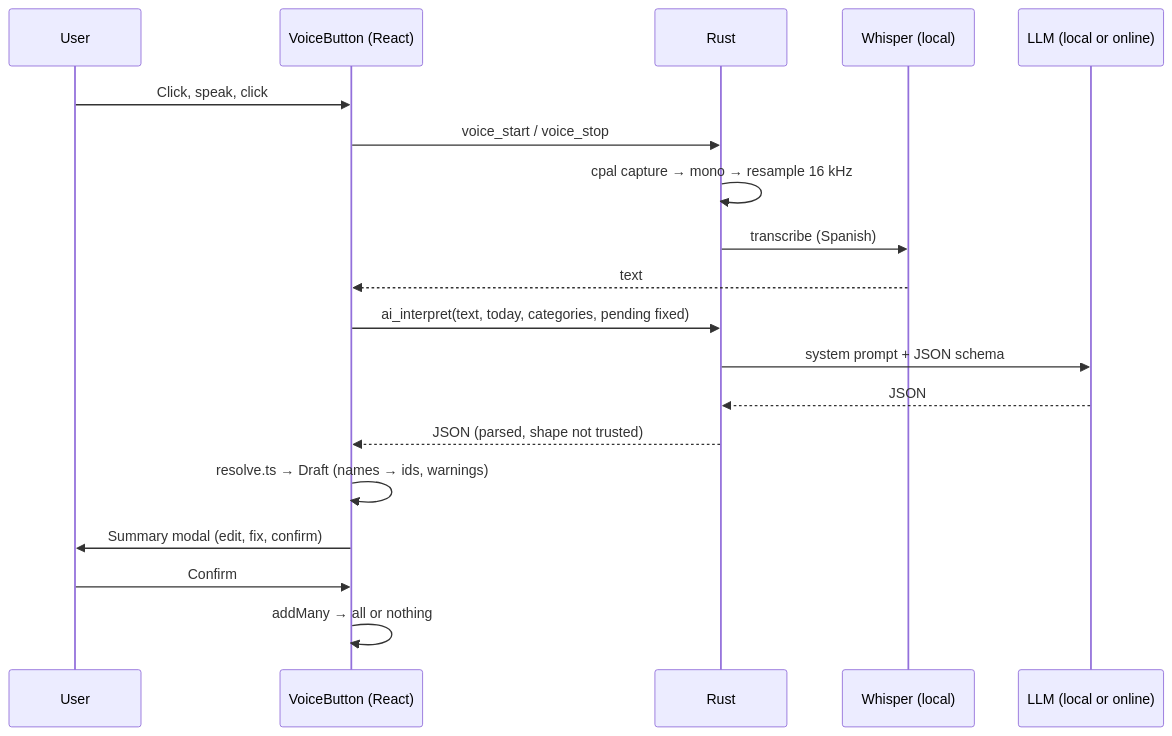
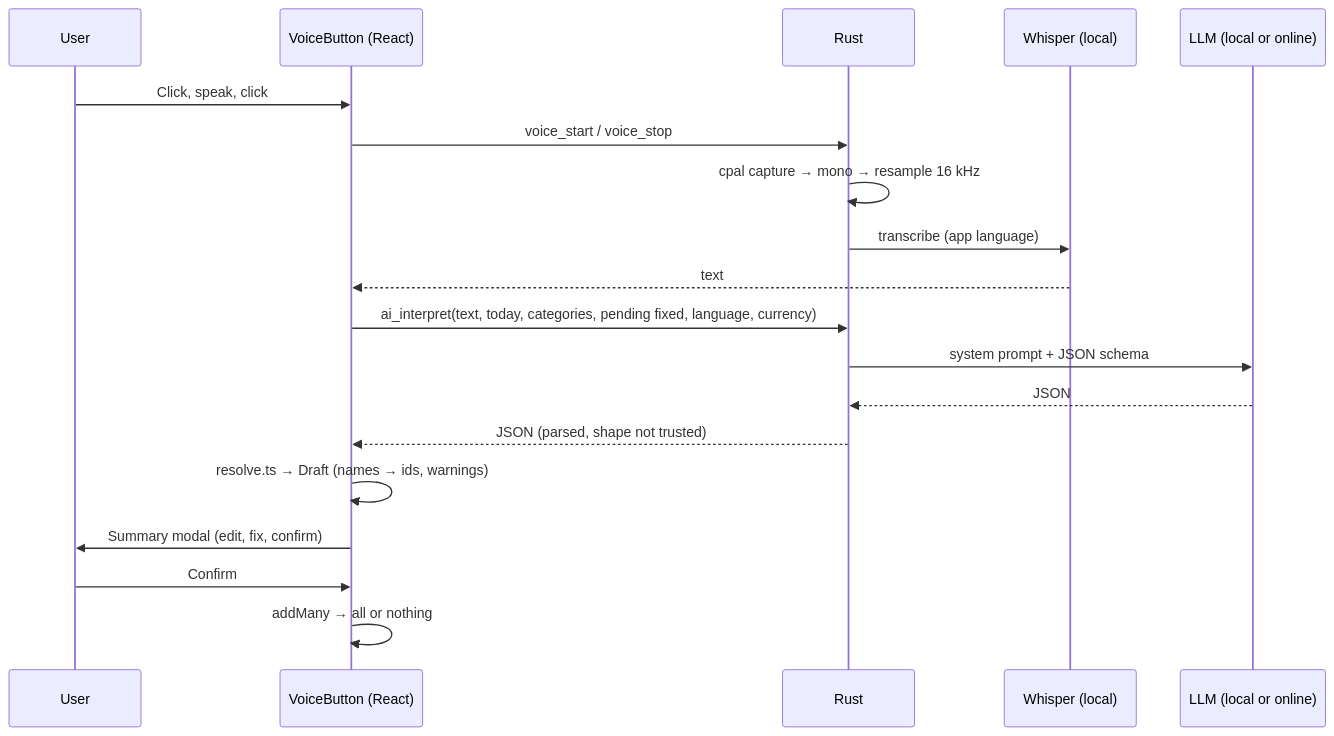
One commit to jonathanCocuy/lucka changed the second of 4 diagrams in docs/architecture.md. Above: the diagram before and after it, drawn with Mermaid. The commit also changed other lines of this file and 80 other files, not shown here.

````diff
--- a/docs/architecture.md
+++ b/docs/architecture.md
@@ -331,22 +352,22 @@
 ```mermaid
 sequenceDiagram
   participant U as User
   participant UI as VoiceButton (React)
   participant R as Rust
   participant W as Whisper (local)
   participant L as LLM (local or online)
 
   U->>UI: Click, speak, click
   UI->>R: voice_start / voice_stop
   R->>R: cpal capture → mono → resample 16 kHz
-  R->>W: transcribe (Spanish)
+  R->>W: transcribe (app language)
   W-->>UI: text
-  UI->>R: ai_interpret(text, today, categories, pending fixed)
+  UI->>R: ai_interpret(text, today, categories, pending fixed, language, currency)
   R->>L: system prompt + JSON schema
   L-->>R: JSON
   R-->>UI: JSON (parsed, shape not trusted)
   UI->>UI: resolve.ts → Draft (names → ids, warnings)
   UI->>U: Summary modal (edit, fix, confirm)
   U->>UI: Confirm
   UI->>UI: addMany → all or nothing
 ```
````
